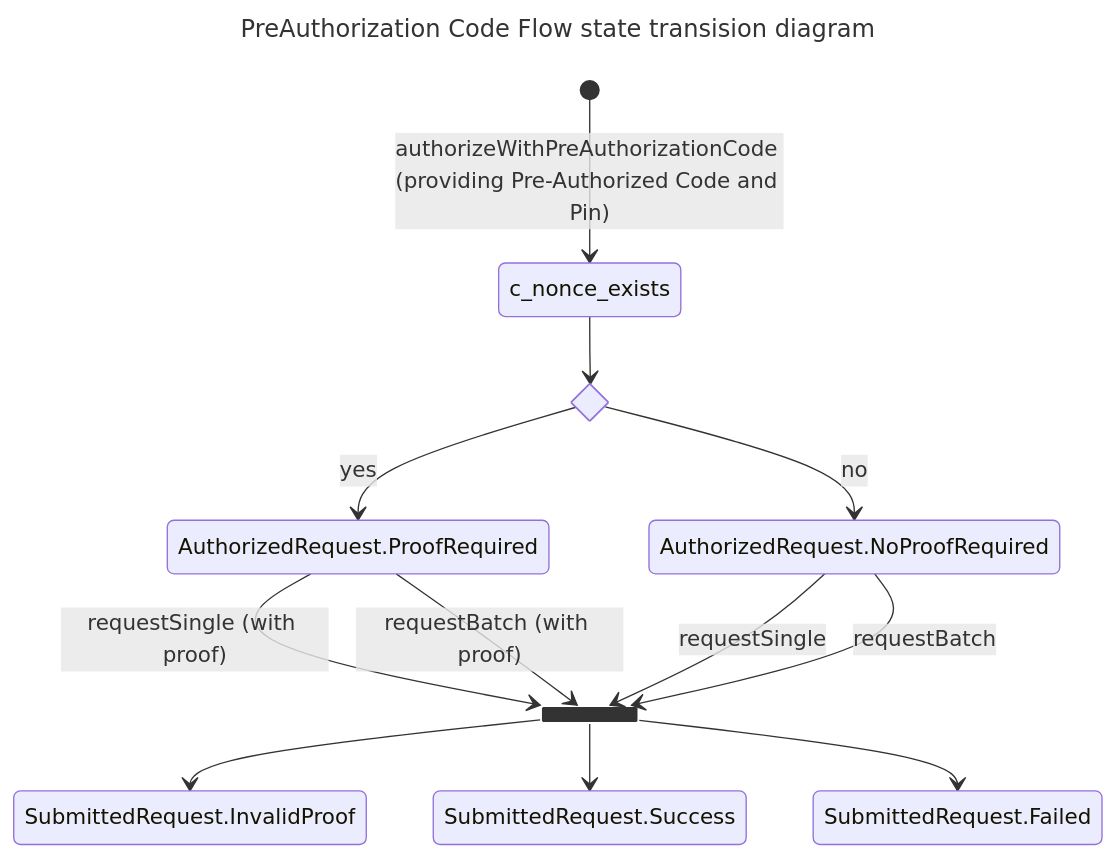
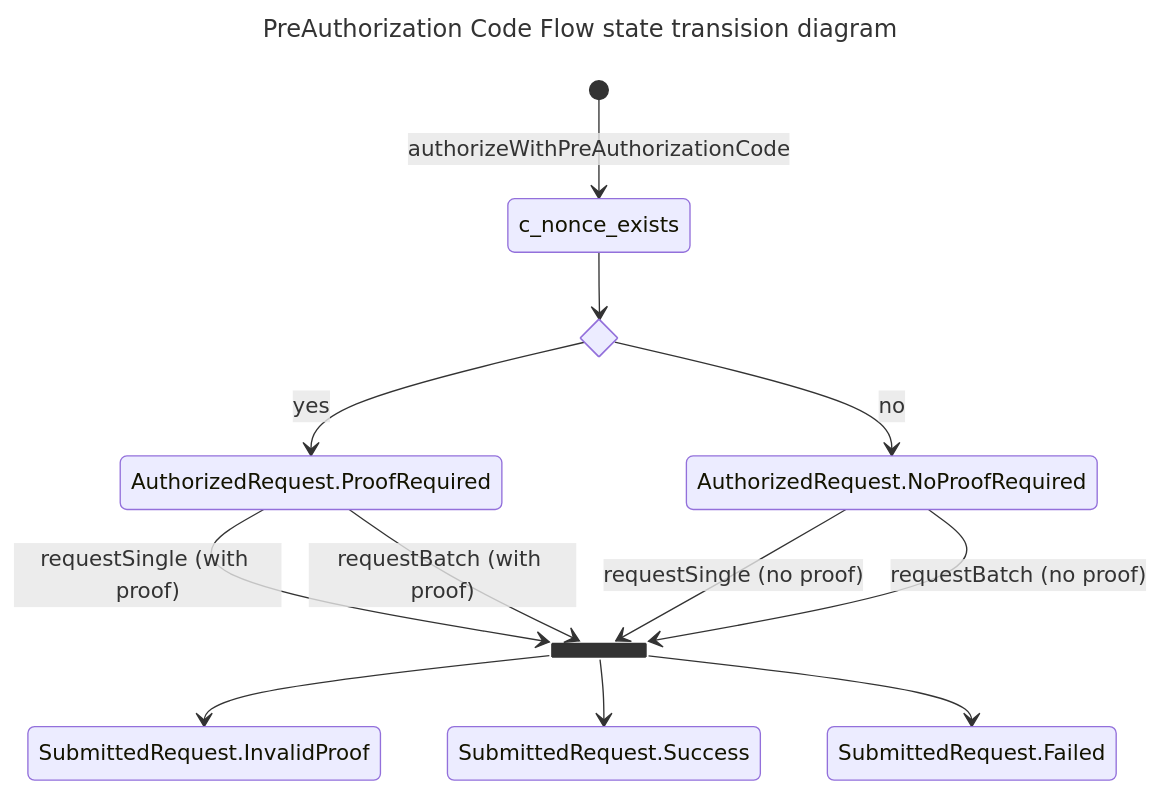
The second of 2 diagrams in README.md (eu-digital-identity-wallet/eudi-lib-jvm-openid4vci-kt), drawn with Mermaid before and after one commit. The commit also changed other lines of this file and 18 other files, not shown here.

````diff
--- a/README.md
+++ b/README.md
@@ -130,19 +84,19 @@
 ```mermaid 
 ---
 title: PreAuthorization Code Flow state transision diagram
 ---
 stateDiagram-v2    
     state c_nonce_returned <<choice>>
     state join_state <<join>>    
-    [*] --> c_nonce_exists: authorizeWithPreAuthorizationCode (providing Pre-Authorized Code and Pin)
+    [*] --> c_nonce_exists: authorizeWithPreAuthorizationCode
     c_nonce_exists --> c_nonce_returned 
     c_nonce_returned --> AuthorizedRequest.ProofRequired : yes
     c_nonce_returned --> AuthorizedRequest.NoProofRequired : no     
     AuthorizedRequest.ProofRequired --> join_state: requestSingle (with proof)
     AuthorizedRequest.ProofRequired --> join_state: requestBatch (with proof)
-    AuthorizedRequest.NoProofRequired --> join_state: requestSingle
-    AuthorizedRequest.NoProofRequired --> join_state: requestBatch
+    AuthorizedRequest.NoProofRequired --> join_state: requestSingle (no proof)
+    AuthorizedRequest.NoProofRequired --> join_state: requestBatch (no proof)
     join_state --> SubmittedRequest.InvalidProof 
     join_state --> SubmittedRequest.Success
     join_state --> SubmittedRequest.Failed    
 ```
````
